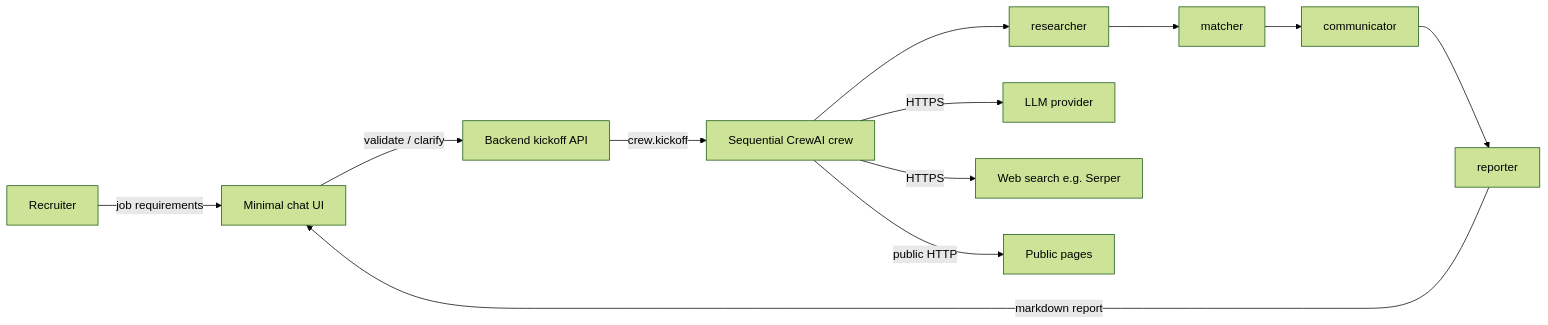
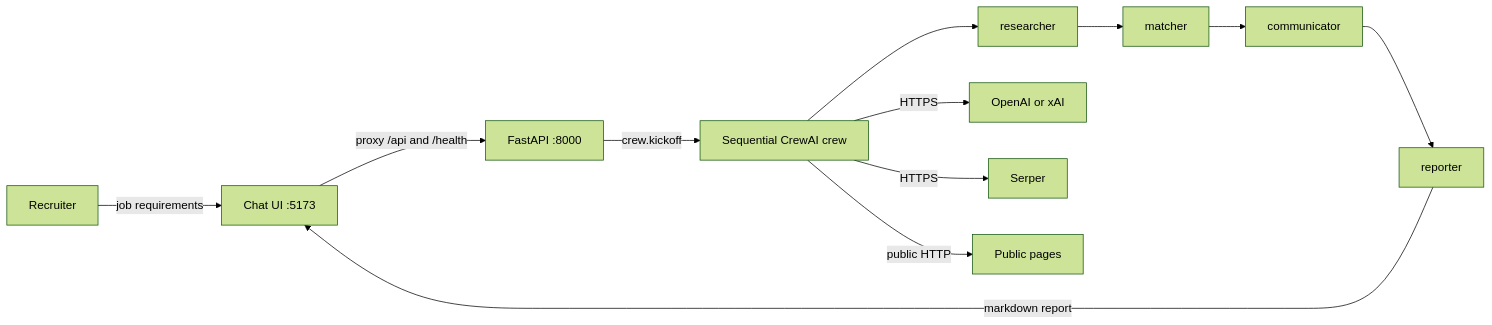
Before and after one commit to EricSkw/recruitment-assistant: the diagram in README.md, drawn with Mermaid (forest theme). The commit also changed other lines of this file, not shown here.

````diff
--- a/README.md
+++ b/README.md
@@ -76,14 +76,14 @@
 ```mermaid
 flowchart LR
-  Recruiter -->|job requirements| Chat[Minimal chat UI]
-  Chat -->|validate / clarify| API[Backend kickoff API]
+  Recruiter -->|job requirements| Chat["Chat UI :5173"]
+  Chat -->|proxy /api and /health| API["FastAPI :8000"]
   API -->|crew.kickoff| Crew[Sequential CrewAI crew]
   Crew --> R[researcher]
   R --> M[matcher]
   M --> C[communicator]
   C --> P[reporter]
   P -->|markdown report| Chat
-  Crew -->|HTTPS| LLM[LLM provider]
-  Crew -->|HTTPS| Search[Web search e.g. Serper]
+  Crew -->|HTTPS| LLM[OpenAI or xAI]
+  Crew -->|HTTPS| Search[Serper]
   Crew -->|public HTTP| Web[Public pages]
 ```
````
